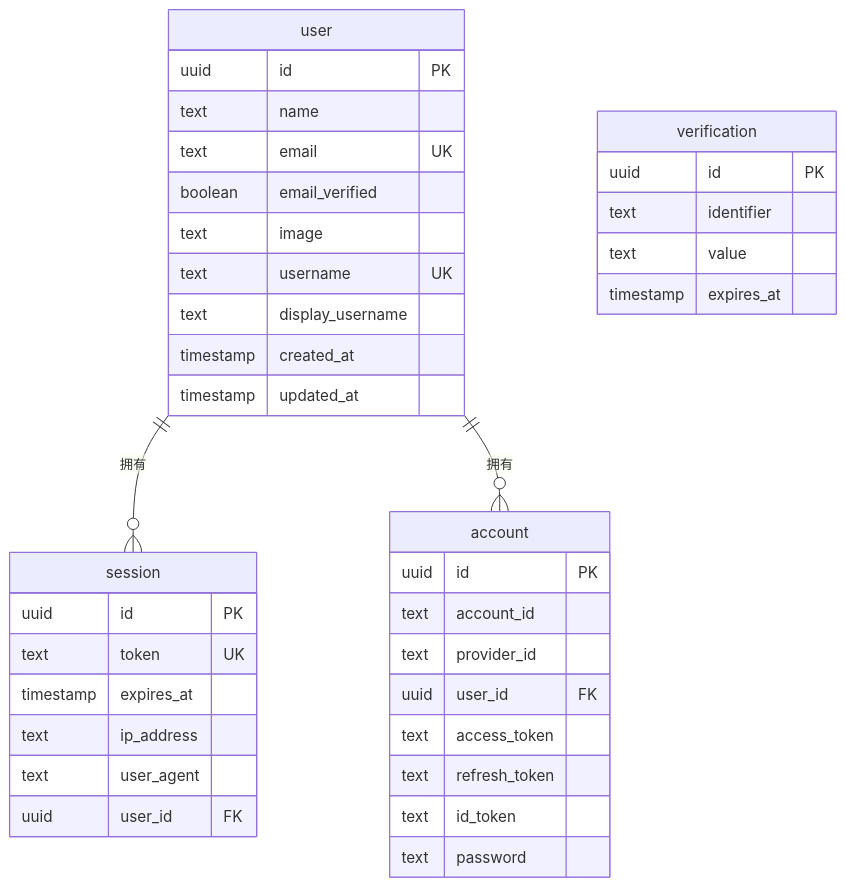
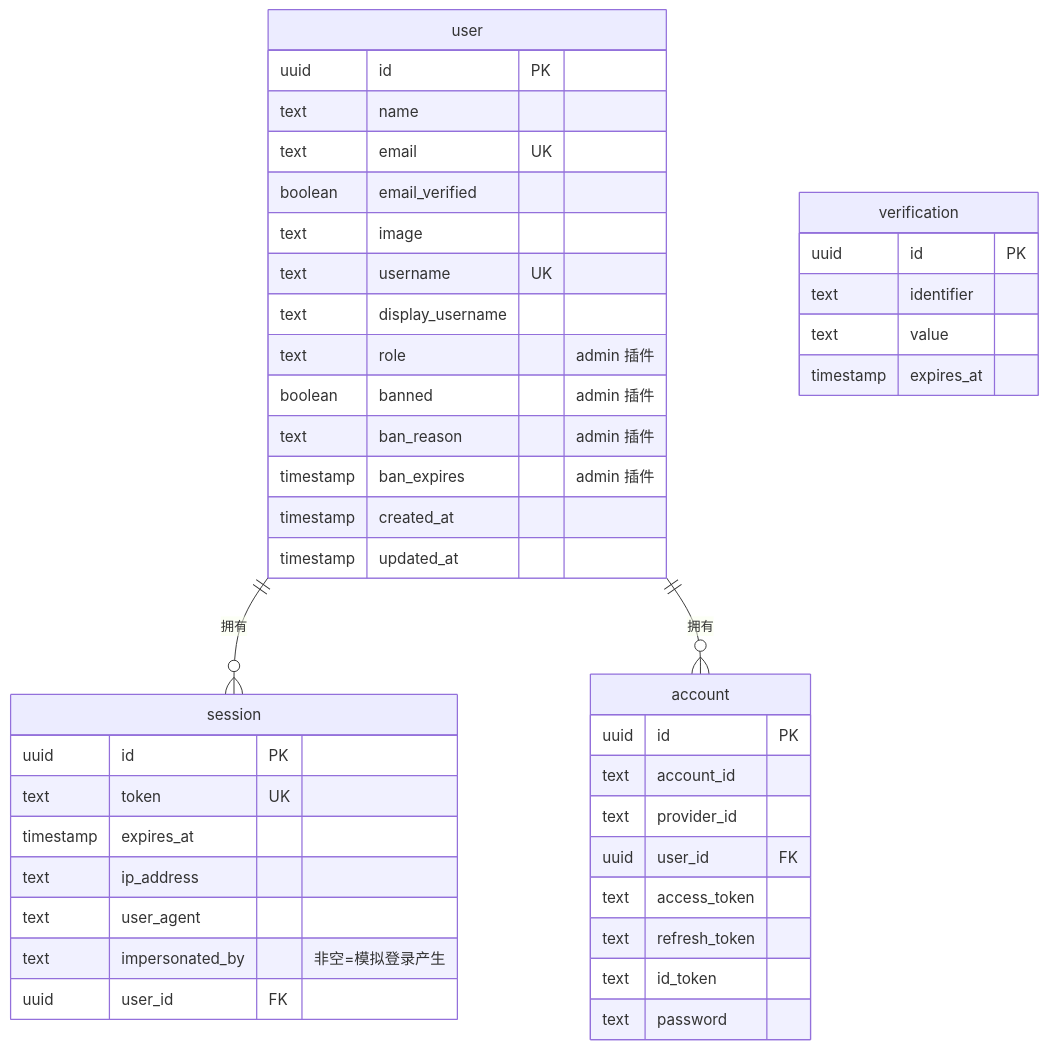
The second of 5 diagrams in docs/ARCHITECTURE.md (yxrhub/yxrhub.com), drawn with Mermaid before and after one commit. The commit also changed other lines of this file and 18 other files, not shown here.

````diff
--- a/docs/ARCHITECTURE.md
+++ b/docs/ARCHITECTURE.md
@@ -233,41 +248,46 @@
 ```mermaid
 erDiagram
     user ||--o{ session : "拥有"
     user ||--o{ account : "拥有"
 
     user {
         uuid id PK
         text name
         text email UK
         boolean email_verified
         text image
         text username UK
         text display_username
+        text role "admin 插件"
+        boolean banned "admin 插件"
+        text ban_reason "admin 插件"
+        timestamp ban_expires "admin 插件"
         timestamp created_at
         timestamp updated_at
     }
     session {
         uuid id PK
         text token UK
         timestamp expires_at
         text ip_address
         text user_agent
+        text impersonated_by "非空=模拟登录产生"
         uuid user_id FK
     }
     account {
         uuid id PK
         text account_id
         text provider_id
         uuid user_id FK
         text access_token
         text refresh_token
         text id_token
         text password
     }
     verification {
         uuid id PK
         text identifier
         text value
         timestamp expires_at
     }
 ```
````
